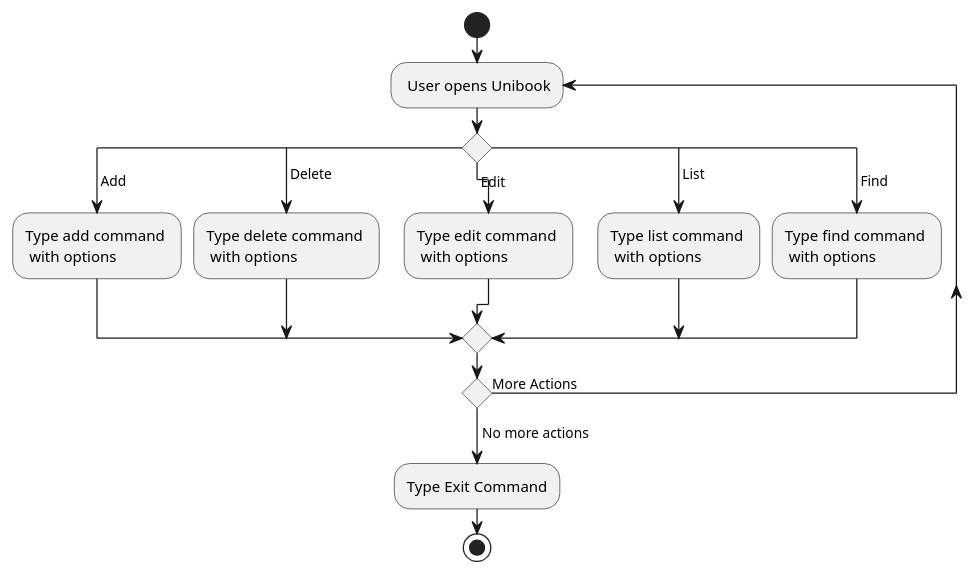
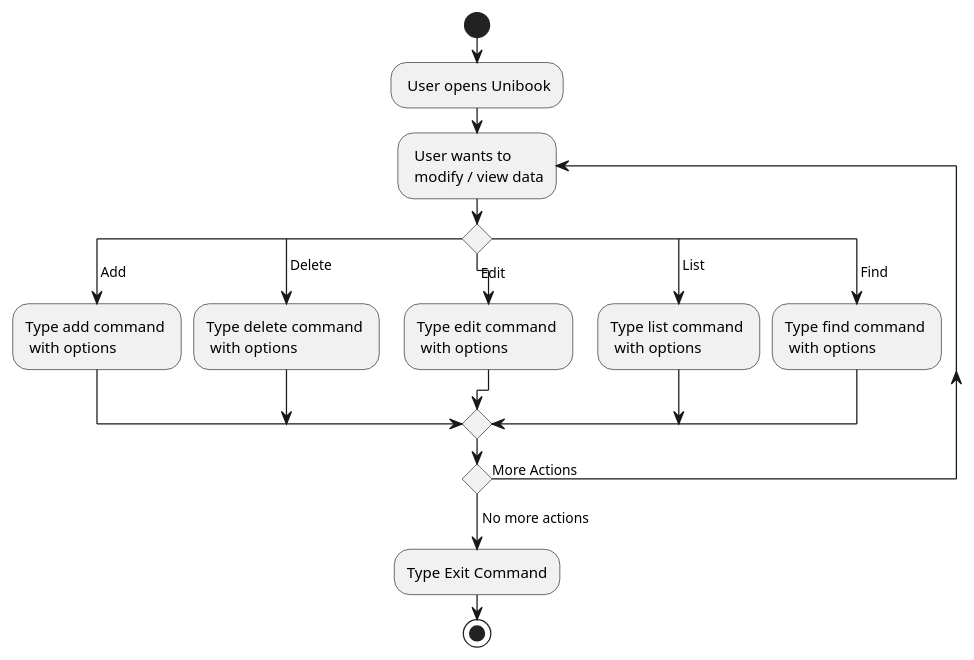
Before and after one commit to nus-cs2103-AY2122S2/tp: the diagram in docs/diagrams/OverallActivityDiagram.puml, drawn with PlantUML. The commit also changed 1 other file, not shown here.

Commit message:
Update Activity Diagram

```diff
--- a/docs/diagrams/OverallActivityDiagram.puml
+++ b/docs/diagrams/OverallActivityDiagram.puml
@@ -1,24 +1,26 @@
 @startuml
 
 start
 
-repeat : User opens Unibook;
+: User opens Unibook;
+
+repeat : User wants to \n modify / view data
 switch ()
 case ( Add )
   :Type add command \n with options;
 case ( Delete )
   :Type delete command \n with options;
 case ( Edit )
   :Type edit command \n with options;
 case ( List )
   :Type list command \n with options;
 case ( Find )
   :Type find command \n with options;
 endswitch
 
 repeat while () is (More Actions)
 ->No more actions;
 :Type Exit Command;
 stop
 
 @enduml
```
